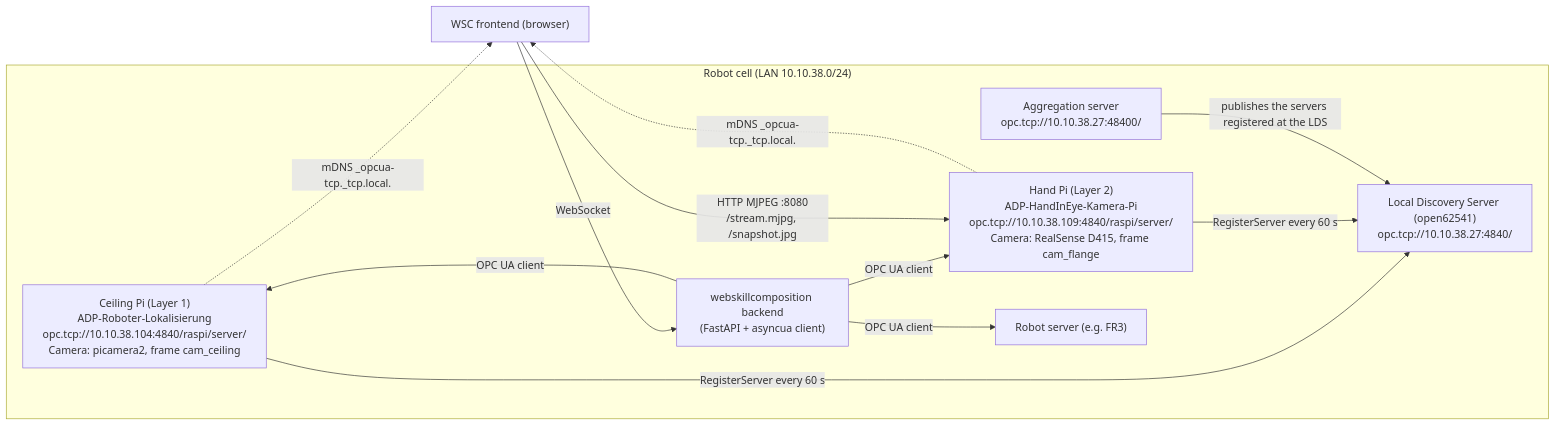
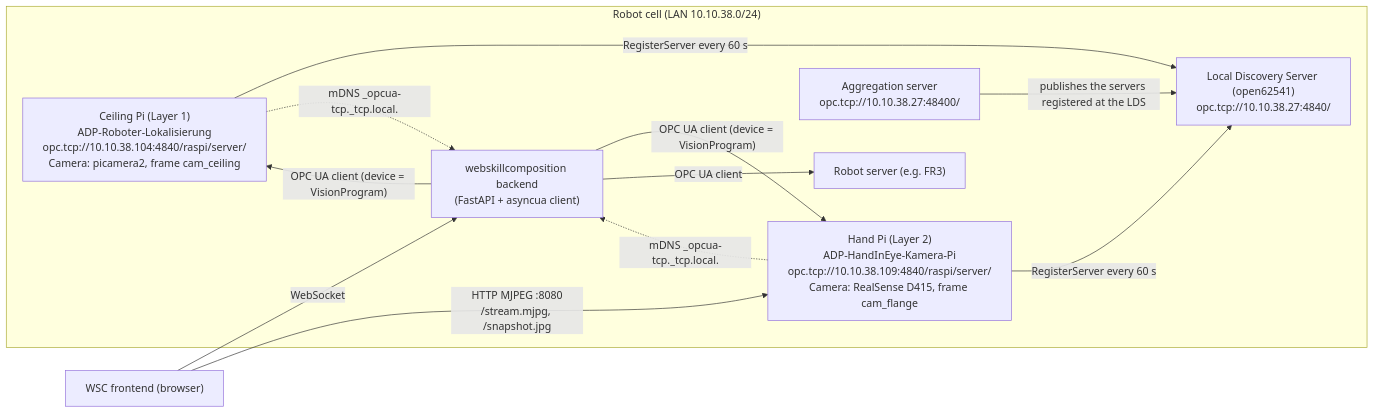
One commit to Meric-L/ADP_flexible_Roboterzelle changed the diagram in doc/projektdoku/code-dokumentation.md. Above: the diagram before and after it, drawn with Mermaid. The commit also changed other lines of this file and 11 other files, not shown here.

````diff
--- a/doc/projektdoku/code-dokumentation.md
+++ b/doc/projektdoku/code-dokumentation.md
@@ -33,23 +33,23 @@
 ```mermaid
 flowchart LR
     subgraph Zelle["Robot cell (LAN 10.10.38.0/24)"]
         P1["Ceiling Pi (Layer 1)<br/>ADP-Roboter-Lokalisierung<br/>opc.tcp://10.10.38.104:4840/raspi/server/<br/>Camera: picamera2, frame cam_ceiling"]
         P2["Hand Pi (Layer 2)<br/>ADP-HandInEye-Kamera-Pi<br/>opc.tcp://10.10.38.109:4840/raspi/server/<br/>Camera: RealSense D415, frame cam_flange"]
         LDS["Local Discovery Server (open62541)<br/>opc.tcp://10.10.38.27:4840/"]
         AGG["Aggregation server<br/>opc.tcp://10.10.38.27:48400/"]
         WSC["webskillcomposition backend<br/>(FastAPI + asyncua client)"]
         R["Robot server (e.g. FR3)"]
     end
     FE["WSC frontend (browser)"]
 
     P1 -- "RegisterServer every 60 s" --> LDS
     P2 -- "RegisterServer every 60 s" --> LDS
     AGG -- "publishes the servers registered at the LDS" --> LDS
-    WSC -- "OPC UA client" --> P1
-    WSC -- "OPC UA client" --> P2
+    WSC -- "OPC UA client (device = VisionProgram)" --> P1
+    WSC -- "OPC UA client (device = VisionProgram)" --> P2
     WSC -- "OPC UA client" --> R
     FE -- "WebSocket" --> WSC
     FE -- "HTTP MJPEG :8080<br/>/stream.mjpg, /snapshot.jpg" --> P2
-    P1 -. "mDNS _opcua-tcp._tcp.local." .-> FE
-    P2 -. "mDNS _opcua-tcp._tcp.local." .-> FE
+    P1 -. "mDNS _opcua-tcp._tcp.local." .-> WSC
+    P2 -. "mDNS _opcua-tcp._tcp.local." .-> WSC
 ```
````
